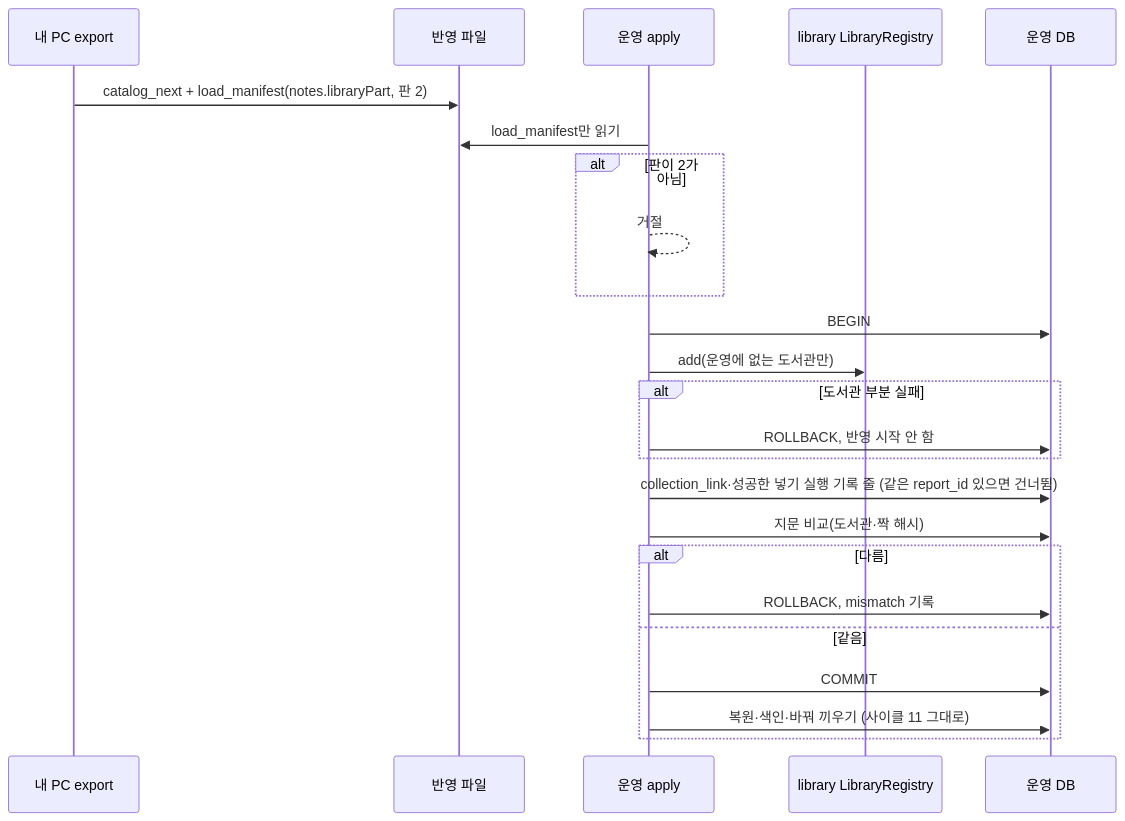
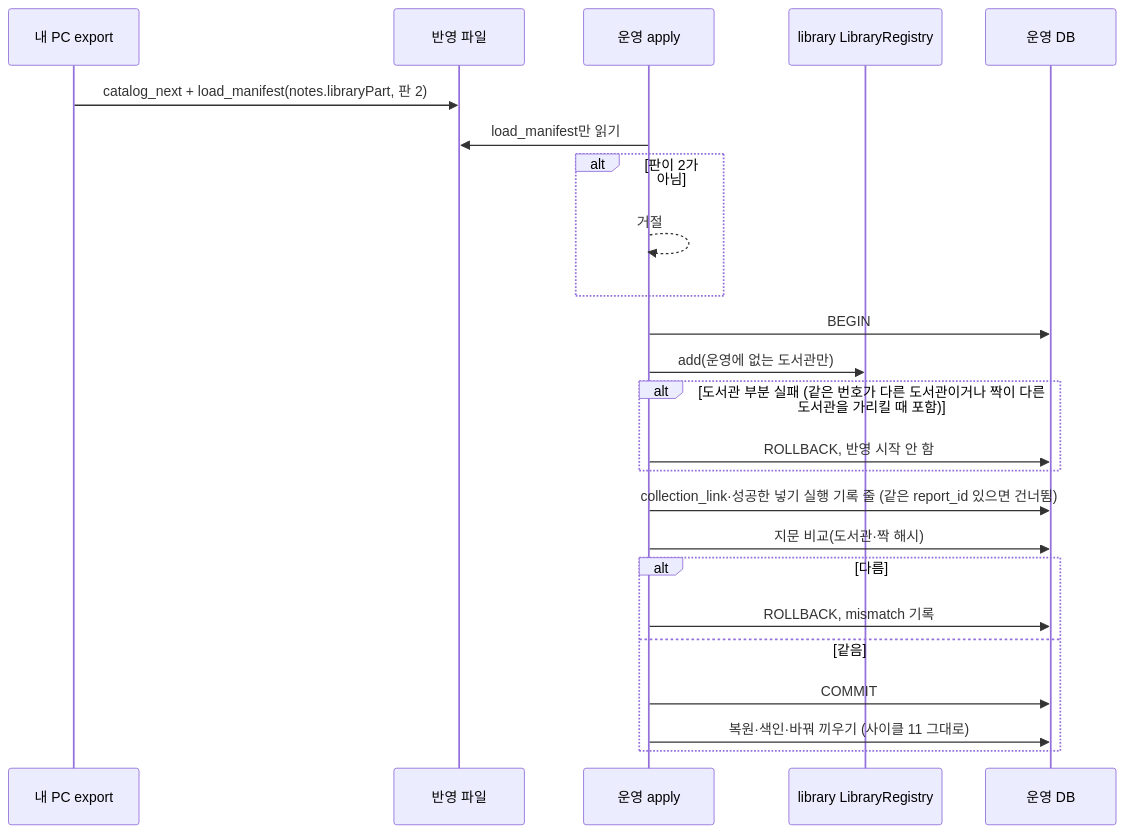
Diagram 39 of 39 in docs/current/flows.md (hodu-sketch/chaekcheck-plan), drawn with Mermaid before and after one commit. The commit also changed other lines of this file and 8 other files, not shown here.

````diff
--- a/docs/current/flows.md
+++ b/docs/current/flows.md
@@ -1181,26 +1201,26 @@
 ```mermaid
 sequenceDiagram
   participant P as 내 PC export
   participant F as 반영 파일
   participant A as 운영 apply
   participant L as library LibraryRegistry
   participant D as 운영 DB
   P->>F: catalog_next + load_manifest(notes.libraryPart, 판 2)
   A->>F: load_manifest만 읽기
   alt 판이 2가 아님
     A-->>A: 거절
   end
   A->>D: BEGIN
   A->>L: add(운영에 없는 도서관만)
-  alt 도서관 부분 실패
+  alt 도서관 부분 실패 (같은 번호가 다른 도서관이거나 짝이 다른 도서관을 가리킬 때 포함)
     A->>D: ROLLBACK, 반영 시작 안 함
   end
   A->>D: collection_link·성공한 넣기 실행 기록 줄 (같은 report_id 있으면 건너뜀)
   A->>D: 지문 비교(도서관·짝 해시)
   alt 다름
     A->>D: ROLLBACK, mismatch 기록
   else 같음
     A->>D: COMMIT
     A->>D: 복원·색인·바꿔 끼우기 (사이클 11 그대로)
   end
 ```
````
